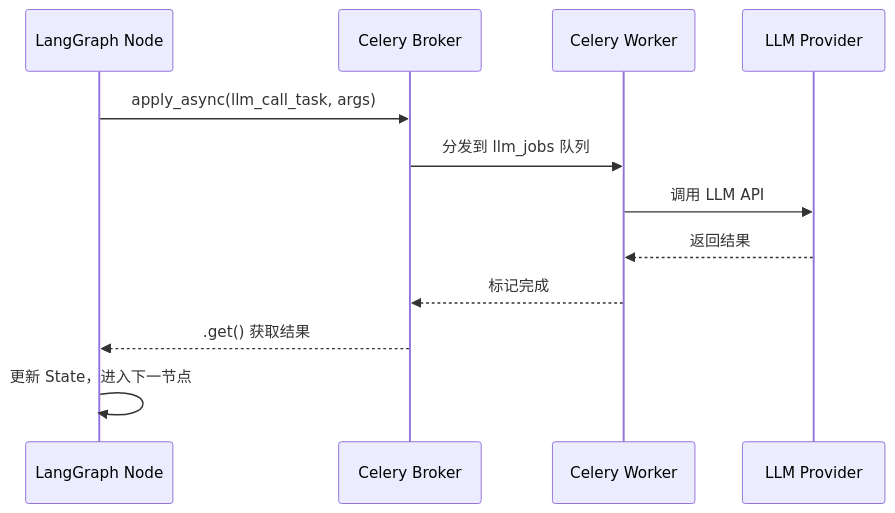
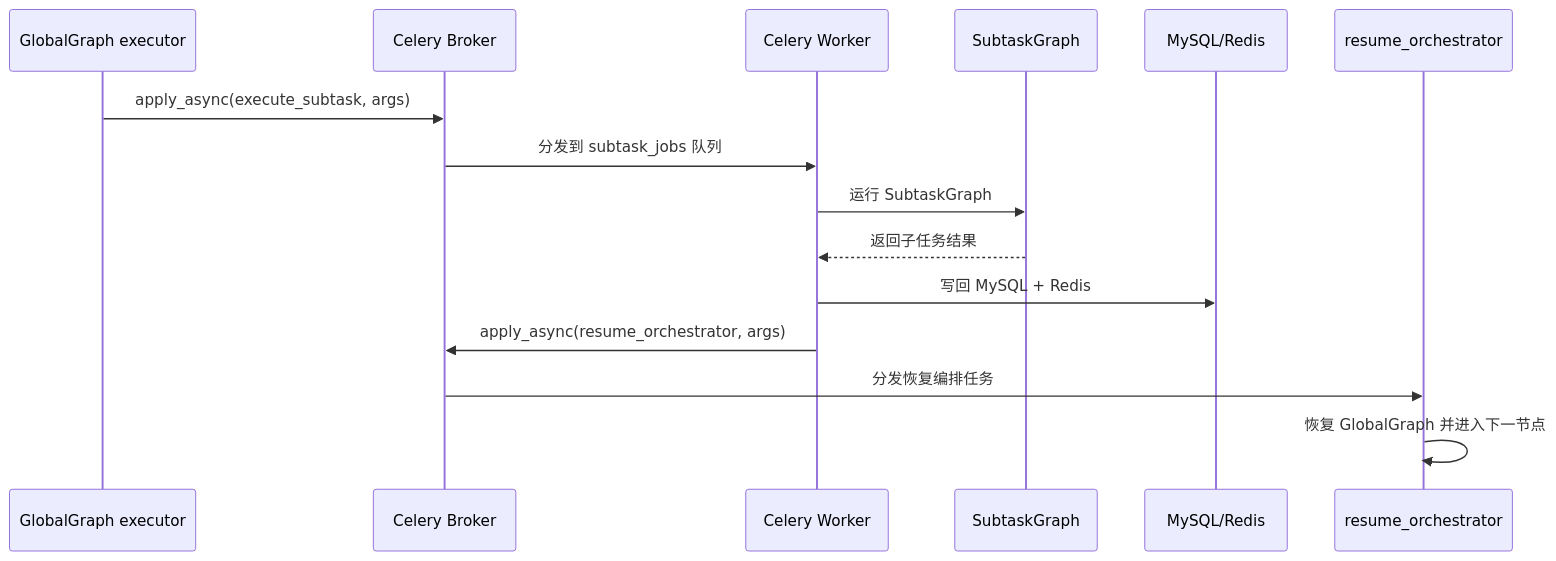
The third of 6 diagrams in src/learning_common_lib/案例/用户AgenticRAG检索/技术拆解.md (kkk935208447/learning_common_lib), drawn with Mermaid before and after one commit. The commit also changed other lines of this file and 3 other files, not shown here.

````diff
--- a/src/learning_common_lib/案例/用户AgenticRAG检索/技术拆解.md
+++ b/src/learning_common_lib/案例/用户AgenticRAG检索/技术拆解.md
@@ -367,15 +467,18 @@
 ```mermaid
 sequenceDiagram
-    participant LG as LangGraph Node
+    participant LG as GlobalGraph executor
     participant CB as Celery Broker
     participant CW as Celery Worker
-    participant LLM as LLM Provider
+    participant SG as SubtaskGraph
+    participant DB as MySQL/Redis
+    participant LG2 as resume_orchestrator
 
-    LG->>CB: apply_async(llm_call_task, args)
-    CB->>CW: 分发到 llm_jobs 队列
-    CW->>LLM: 调用 LLM API
-    LLM-->>CW: 返回结果
-    CW-->>CB: 标记完成
-    CB-->>LG: .get() 获取结果
-    LG->>LG: 更新 State，进入下一节点
+    LG->>CB: apply_async(execute_subtask, args)
+    CB->>CW: 分发到 subtask_jobs 队列
+    CW->>SG: 运行 SubtaskGraph
+    SG-->>CW: 返回子任务结果
+    CW->>DB: 写回 MySQL + Redis
+    CW->>CB: apply_async(resume_orchestrator, args)
+    CB->>LG2: 分发恢复编排任务
+    LG2->>LG2: 恢复 GlobalGraph 并进入下一节点
 ```
````
